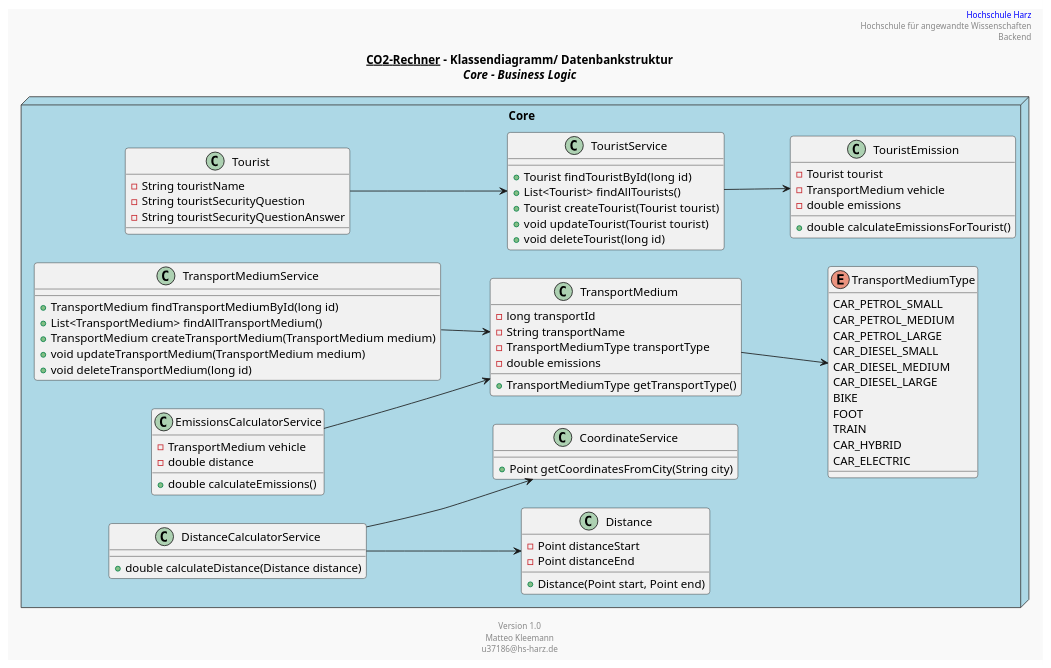
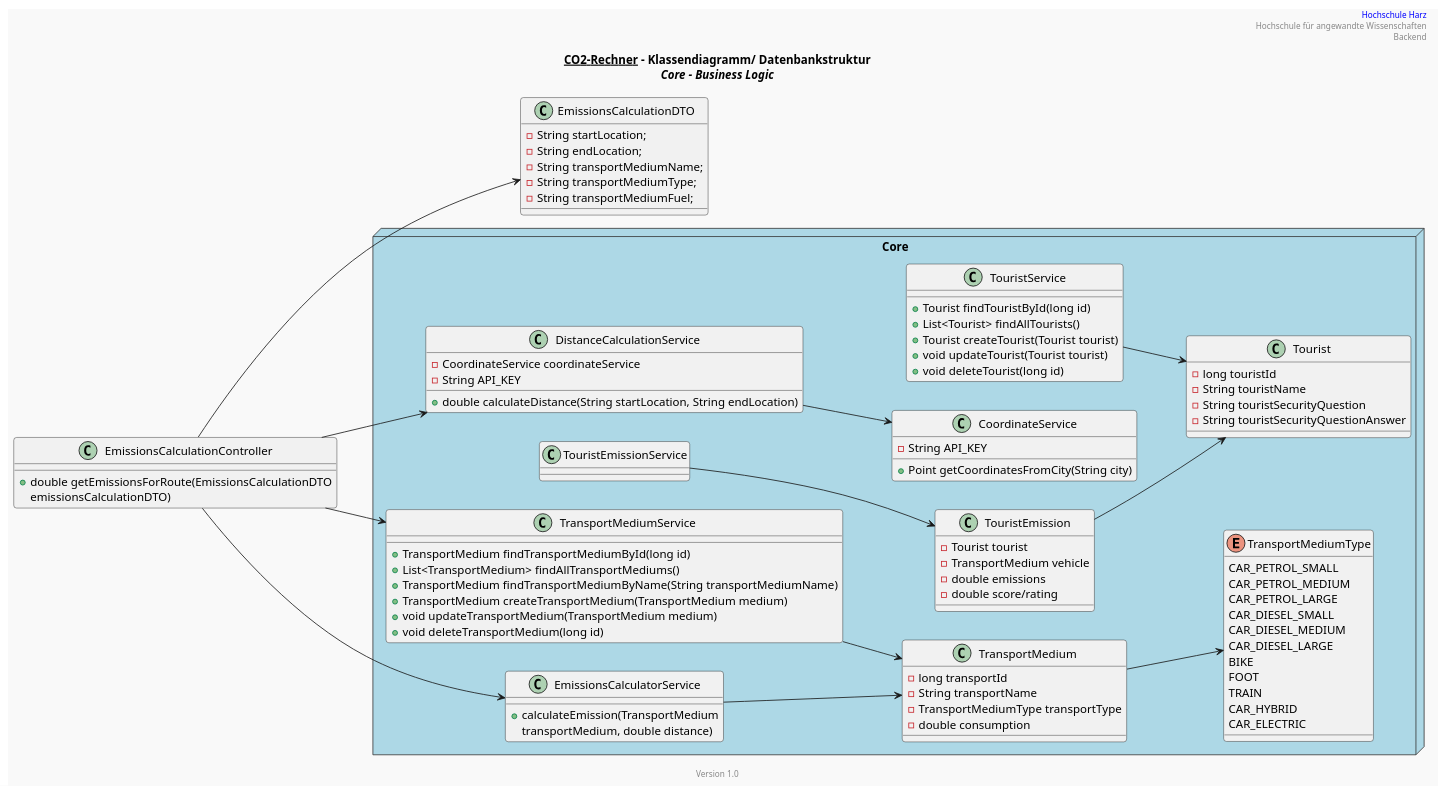
The diagram in src/main/resources/new core diagram.puml (matteoklee/co2_hs-harz), drawn with PlantUML before and after one commit. The commit also changed 4 other files, not shown here.

```diff
--- a/src/main/resources/new core diagram.puml
+++ b/src/main/resources/new core diagram.puml
@@ -1,103 +1,123 @@
 @startuml
 !theme mars
 
 title
 <u>CO2-Rechner</u> - Klassendiagramm/ Datenbankstruktur
 <i>Core - Business Logic</i>
 end title
 
 header
 <font color=blue>Hochschule Harz</font>
 Hochschule für angewandte Wissenschaften
 Backend
 end header
 
 center footer
 Version 1.0
-Matteo Kleemann
-u37186@hs-harz.de
+'Matteo Kleemann
+'u37186@hs-harz.de
 end footer
 
 left to right direction
 
 package "Core" <<Node>> #lightblue {
   class TransportMedium {
     - long transportId
     - String transportName
     - TransportMediumType transportType
-    - double emissions
-    + TransportMediumType getTransportType()
+    - double consumption
   }
 
   enum TransportMediumType {
     CAR_PETROL_SMALL
     CAR_PETROL_MEDIUM
     CAR_PETROL_LARGE
     CAR_DIESEL_SMALL
     CAR_DIESEL_MEDIUM
     CAR_DIESEL_LARGE
     BIKE
     FOOT
     TRAIN
     CAR_HYBRID
     CAR_ELECTRIC
   }
 
   class TransportMediumService {
     + TransportMedium findTransportMediumById(long id)
-    + List<TransportMedium> findAllTransportMedium()
+    + List<TransportMedium> findAllTransportMediums()
+    + TransportMedium findTransportMediumByName(String transportMediumName)
     + TransportMedium createTransportMedium(TransportMedium medium)
     + void updateTransportMedium(TransportMedium medium)
     + void deleteTransportMedium(long id)
   }
 
   class Tourist {
+    - long touristId
     - String touristName
     - String touristSecurityQuestion
     - String touristSecurityQuestionAnswer
   }
 
   class TouristService {
     + Tourist findTouristById(long id)
     + List<Tourist> findAllTourists()
     + Tourist createTourist(Tourist tourist)
     + void updateTourist(Tourist tourist)
     + void deleteTourist(long id)
   }
 
   class TouristEmission {
     - Tourist tourist
     - TransportMedium vehicle
     - double emissions
-    + double calculateEmissionsForTourist()
+    - double score/rating
+  }
+
+  class TouristEmissionService {
+
   }
 
   class EmissionsCalculatorService {
-    - TransportMedium vehicle
-    - double distance
-    + double calculateEmissions()
+    + calculateEmission(TransportMedium
+    transportMedium, double distance)
   }
 
-  class Distance {
-    -Point distanceStart
-    -Point distanceEnd
-    +Distance(Point start, Point end)
-  }
-
-  class DistanceCalculatorService {
-    + double calculateDistance(Distance distance)
+  class DistanceCalculationService {
+    - CoordinateService coordinateService
+    - String API_KEY
+    + double calculateDistance(String startLocation, String endLocation)
   }
 
   class CoordinateService {
+    - String API_KEY
     + Point getCoordinatesFromCity(String city)
   }
 
-  TransportMedium -down-> TransportMediumType
+  TransportMedium --> TransportMediumType
   TransportMediumService --> TransportMedium
-  Tourist -down-> TouristService
-  TouristService --> TouristEmission
+  TouristService --> Tourist
+  TouristEmission --> Tourist
+  TouristEmissionService --> TouristEmission
   EmissionsCalculatorService --> TransportMedium
-  DistanceCalculatorService --> CoordinateService
-  DistanceCalculatorService --> Distance
+  DistanceCalculationService --> CoordinateService
 }
+
+class EmissionsCalculationController {
+  + double getEmissionsForRoute(EmissionsCalculationDTO
+  emissionsCalculationDTO)
+}
+
+class EmissionsCalculationDTO {
+    - String startLocation;
+    - String endLocation;
+    - String transportMediumName;
+    - String transportMediumType;
+    - String transportMediumFuel;
+}
+
+
+EmissionsCalculationController --> EmissionsCalculatorService
+EmissionsCalculationController --> TransportMediumService
+EmissionsCalculationController --> DistanceCalculationService
+EmissionsCalculationController --> EmissionsCalculationDTO
 @enduml
```
